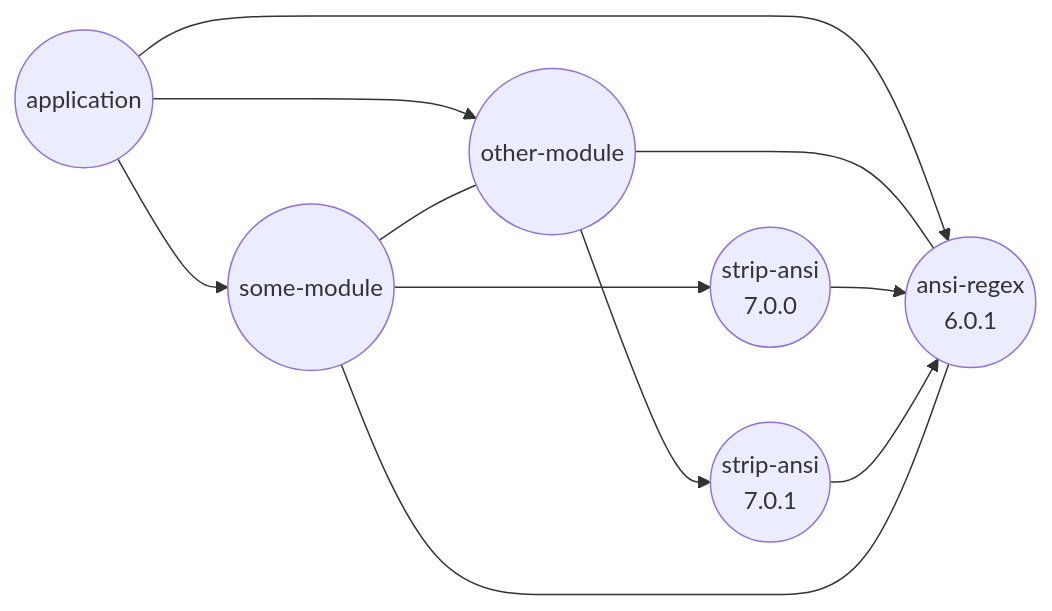
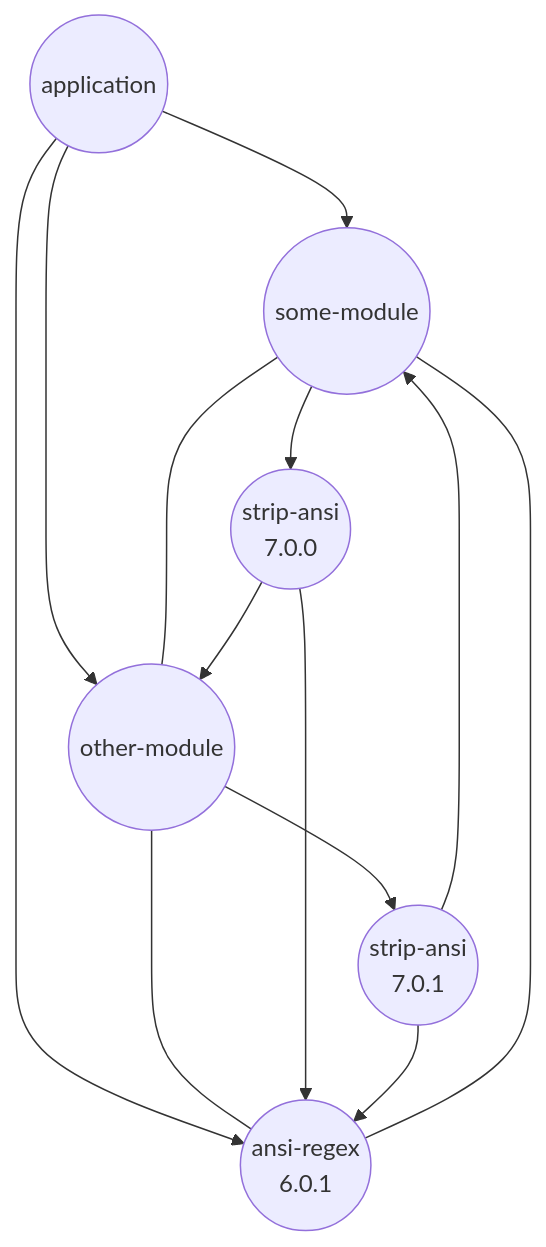
The second of 2 diagrams in docs/result.md (CycloneDX/cyclonedx-node-npm), drawn with Mermaid before and after one commit. The commit also changed other lines of this file, not shown here.

````diff
--- a/docs/result.md
+++ b/docs/result.md
@@ -51,19 +82,21 @@
 ```mermaid
-graph LR
+graph TB
     R  --> A
     R  --> B
     R  --> C
     A  --- B
     B  --- C
     C  --- A
     A  --> D1
     B  --> D2
+    D1 --> B
+    D2 --> A
     D1 --> C
     D2 --> C
     R((application))
     A((some-module))
     B((other-module))
     C((ansi-regex<br/>6.0.1))
     D1((strip-ansi<br/>7.0.0))
     D2((strip-ansi<br/>7.0.1))
 ```
````
